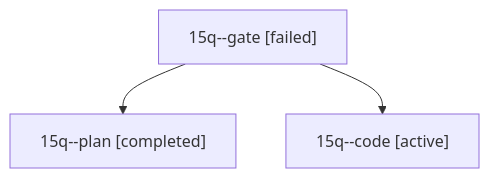
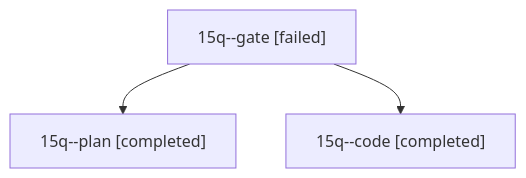
The diagram in sessions/bbugyi200.athena.15q.md (sase-org/sase--agents), drawn with Mermaid before and after one commit. The commit also changed other lines of this file and 23 other files, not shown here.

````diff
--- a/sessions/bbugyi200.athena.15q.md
+++ b/sessions/bbugyi200.athena.15q.md
@@ -9,8 +9,8 @@
 ```mermaid
 flowchart TD
   n0["15q--gate [failed]"]
   n1["15q--plan [completed]"]
   n0 --> n1
-  n2["15q--code [active]"]
+  n2["15q--code [completed]"]
   n0 --> n2
 ```
````
